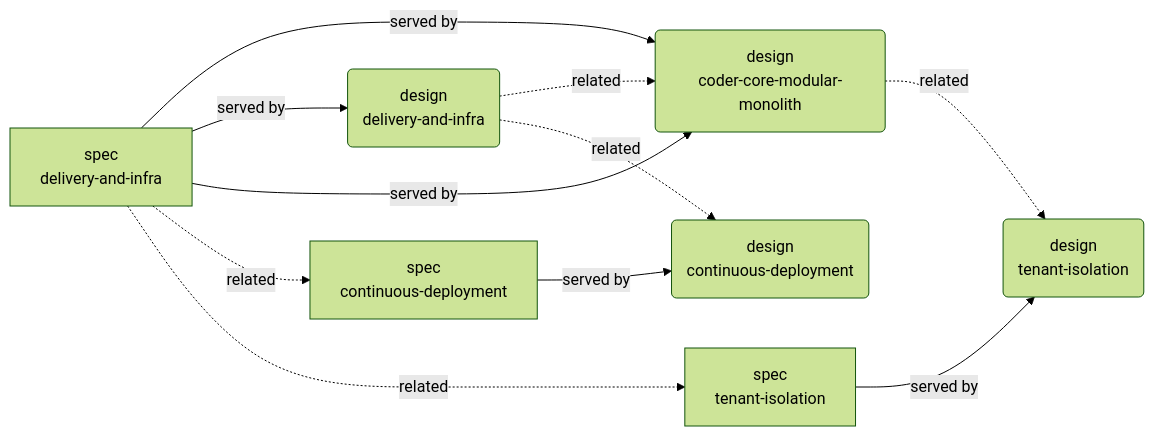
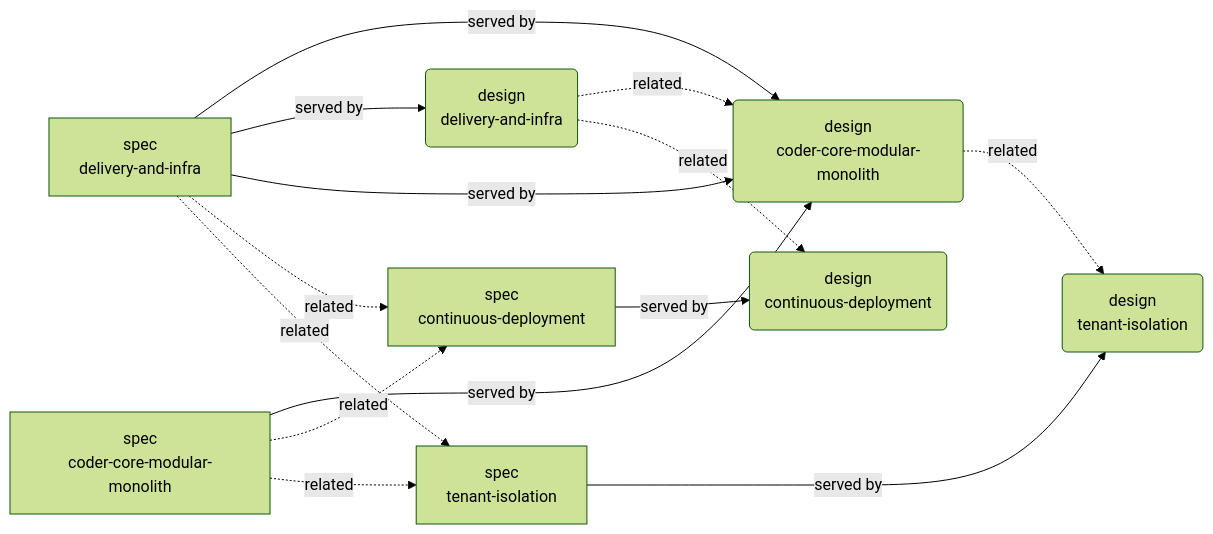
The fifth of 6 diagrams in system/GRAPH.md (coder-devx/coder-system), drawn with Mermaid (forest theme) before and after one commit. The commit also changed other lines of this file and 9 other files, not shown here.

First line of the commit message:
specs: extract spec-lifecycle-coordinator + coder-core-modular-monolith

````diff
--- a/system/GRAPH.md
+++ b/system/GRAPH.md
@@ -364,20 +366,24 @@
 ```mermaid
 flowchart LR
   n000("design<br/>coder-core-modular-monolith")
   n001("design<br/>continuous-deployment")
   n002("design<br/>delivery-and-infra")
   n003("design<br/>tenant-isolation")
-  n004["spec<br/>continuous-deployment"]
-  n005["spec<br/>delivery-and-infra"]
-  n006["spec<br/>tenant-isolation"]
-  n005 -->|served by| n000
+  n004["spec<br/>coder-core-modular-monolith"]
+  n005["spec<br/>continuous-deployment"]
+  n006["spec<br/>delivery-and-infra"]
+  n007["spec<br/>tenant-isolation"]
+  n006 -->|served by| n000
   n000 -.->|related| n003
-  n004 -->|served by| n001
-  n005 -->|served by| n002
+  n005 -->|served by| n001
+  n006 -->|served by| n002
   n002 -.->|related| n000
   n002 -.->|related| n001
-  n006 -->|served by| n003
-  n005 -->|served by| n000
-  n005 -.->|related| n004
-  n005 -.->|related| n006
+  n007 -->|served by| n003
+  n004 -->|served by| n000
+  n004 -.->|related| n005
+  n004 -.->|related| n007
+  n006 -->|served by| n000
+  n006 -.->|related| n005
+  n006 -.->|related| n007
 ```
````
